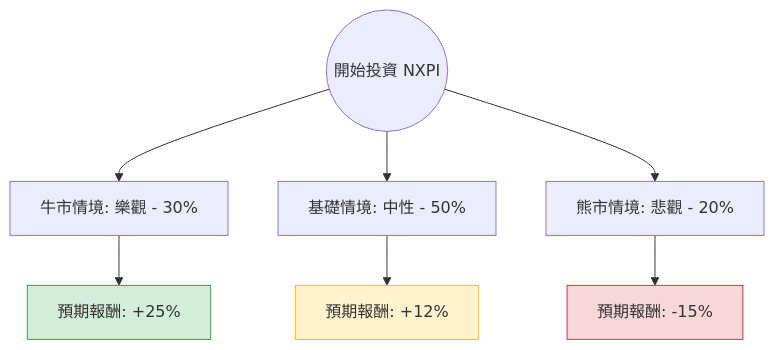
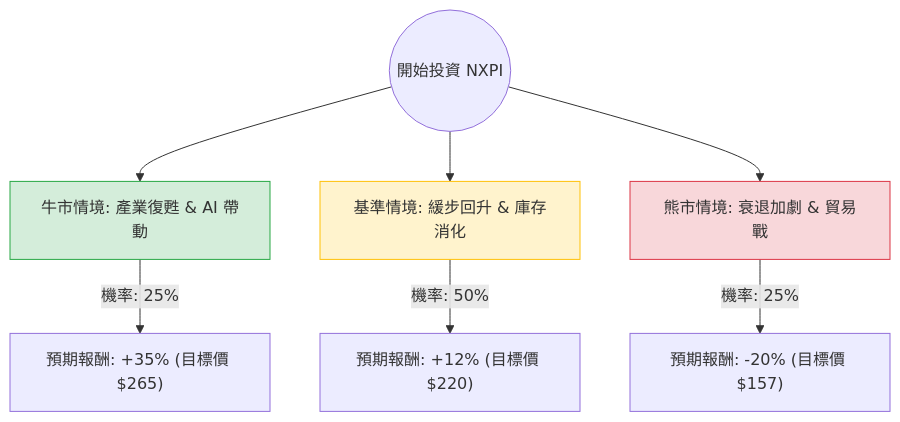
One commit to zmcx16/zmcx16.github.io changed the diagram in plugin-react/ai-analysis/ev-analysis/NXPI.md. Above: the diagram before and after it, drawn with Mermaid. The commit also changed other lines of this file and 51 other files, not shown here.

````diff
--- a/plugin-react/ai-analysis/ev-analysis/NXPI.md
+++ b/plugin-react/ai-analysis/ev-analysis/NXPI.md
@@ -22,14 +20,14 @@
 ```mermaid
 graph TD
-    Start((開始投資 NXPI)) --> Bull[牛市情境: 樂觀 - 30%]
-    Start --> Base[基礎情境: 中性 - 50%]
-    Start --> Bear[熊市情境: 悲觀 - 20%]
+    Start((開始投資 NXPI)) --> Bull[牛市情境: 產業復甦 & AI 帶動]
+    Start --> Base[基準情境: 緩步回升 & 庫存消化]
+    Start --> Bear[熊市情境: 衰退加劇 & 貿易戰]
 
-    Bull --> Bull_EV[預期報酬: +25%]
-    Base --> Base_EV[預期報酬: +12%]
-    Bear --> Bear_EV[預期報酬: -15%]
+    Bull -- "機率: 25%" --> BullVal["預期報酬: +35% (目標價 $265)"]
+    Base -- "機率: 50%" --> BaseVal["預期報酬: +12% (目標價 $220)"]
+    Bear -- "機率: 25%" --> BearVal["預期報酬: -20% (目標價 $157)"]
 
-    style Bull_EV fill:#d4edda,stroke:#28a745
-    style Base_EV fill:#fff3cd,stroke:#ffc107
-    style Bear_EV fill:#f8d7da,stroke:#dc3545
+    style Bull fill:#d4edda,stroke:#28a745
+    style Base fill:#fff3cd,stroke:#ffc107
+    style Bear fill:#f8d7da,stroke:#dc3545
 ```
````
